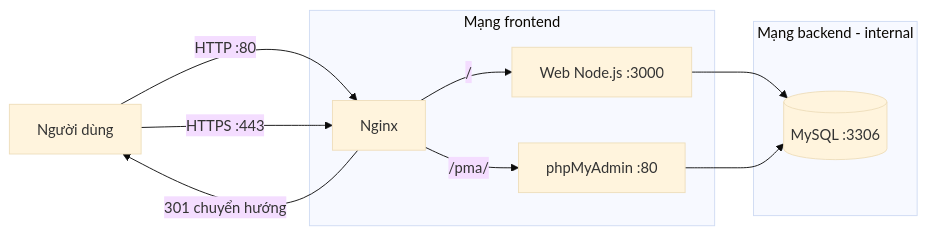
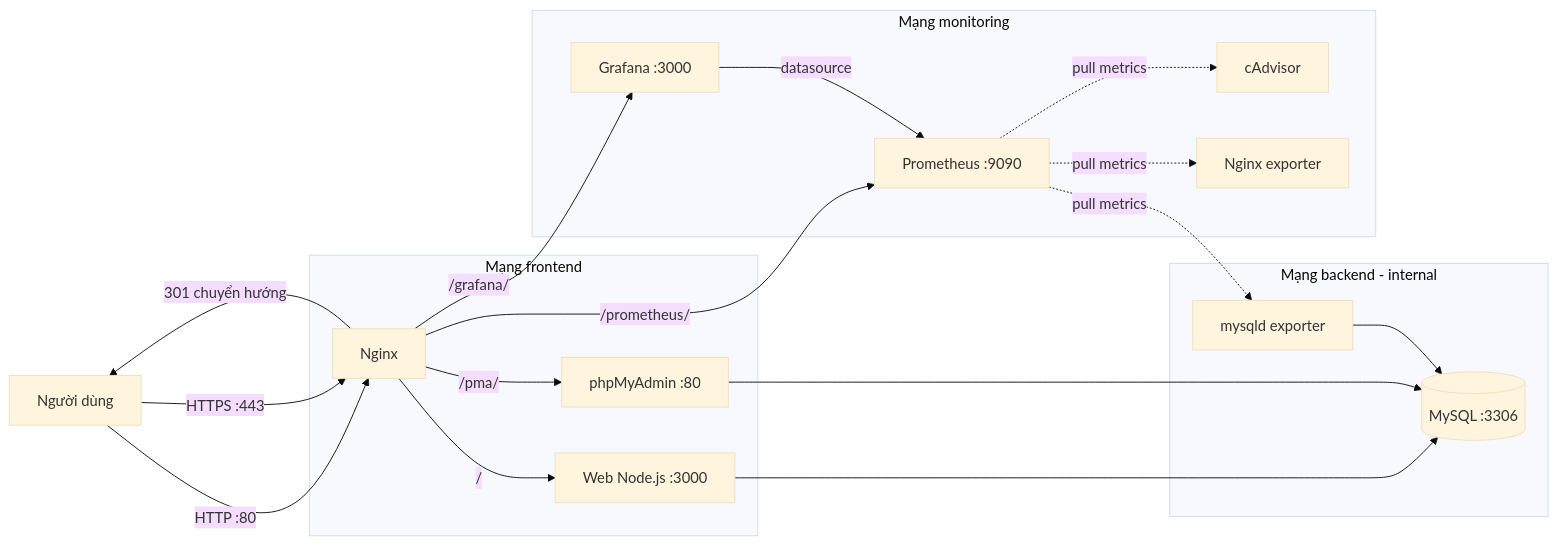
One commit to dtc245230003-svg/student-management-DTC245230003 changed the diagram in README.md. Above: the diagram before and after it, drawn with Mermaid (base theme). The commit also changed other lines of this file and 10 other files, not shown here.

First line of the commit message:
Thêm giám sát Prometheus và Grafana cho hệ thống

````diff
--- a/README.md
+++ b/README.md
@@ -11,17 +12,27 @@
 ```mermaid
 flowchart LR
   U[Người dùng] -->|HTTP :80| N[Nginx]
   N -->|301 chuyển hướng| U
   U -->|HTTPS :443| N
   N -->|"/"| W[Web Node.js :3000]
   N -->|"/pma/"| P[phpMyAdmin :80]
+  N -->|"/grafana/"| G[Grafana :3000]
+  N -->|"/prometheus/"| PR[Prometheus :9090]
   W --> D[(MySQL :3306)]
   P --> D
+  PR -.->|pull metrics| C[cAdvisor]
+  PR -.->|pull metrics| NE[Nginx exporter]
+  PR -.->|pull metrics| ME[mysqld exporter]
+  ME --> D
+  G -->|datasource| PR
 
   subgraph frontend [Mạng frontend]
     N; W; P
   end
   subgraph backend [Mạng backend - internal]
-    W; P; D
+    W; P; D; ME
+  end
+  subgraph monitoring [Mạng monitoring]
+    PR; G; C; NE; ME; N
   end
 ```
````
